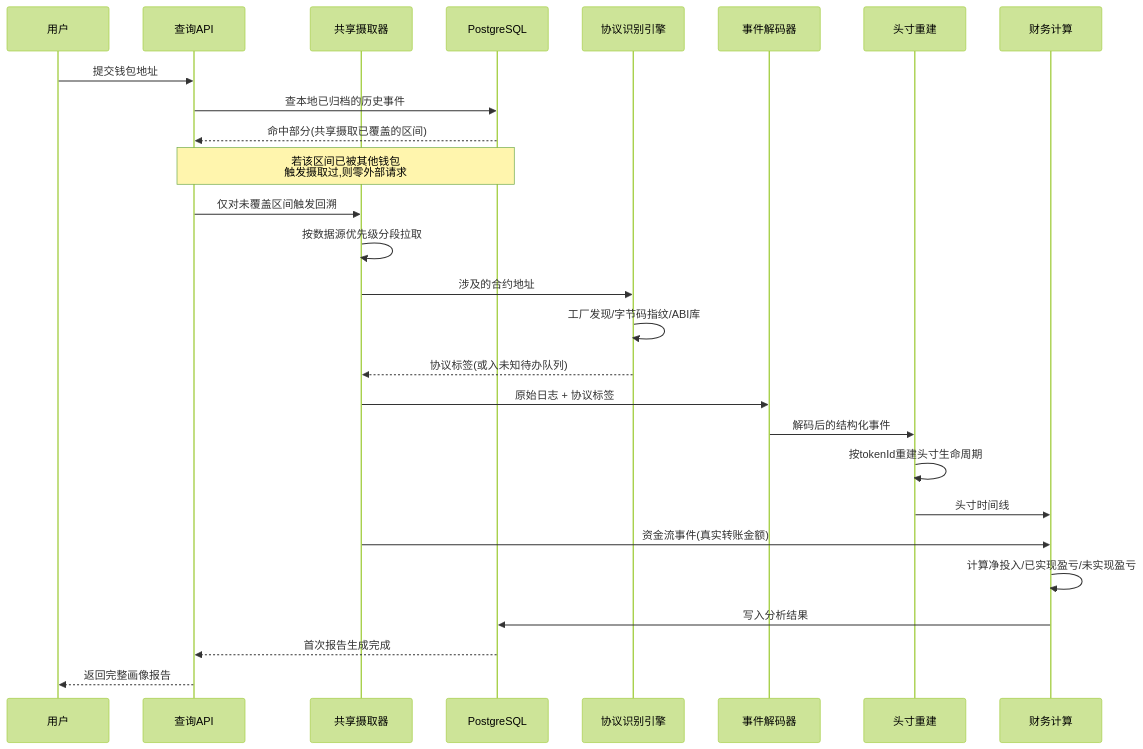
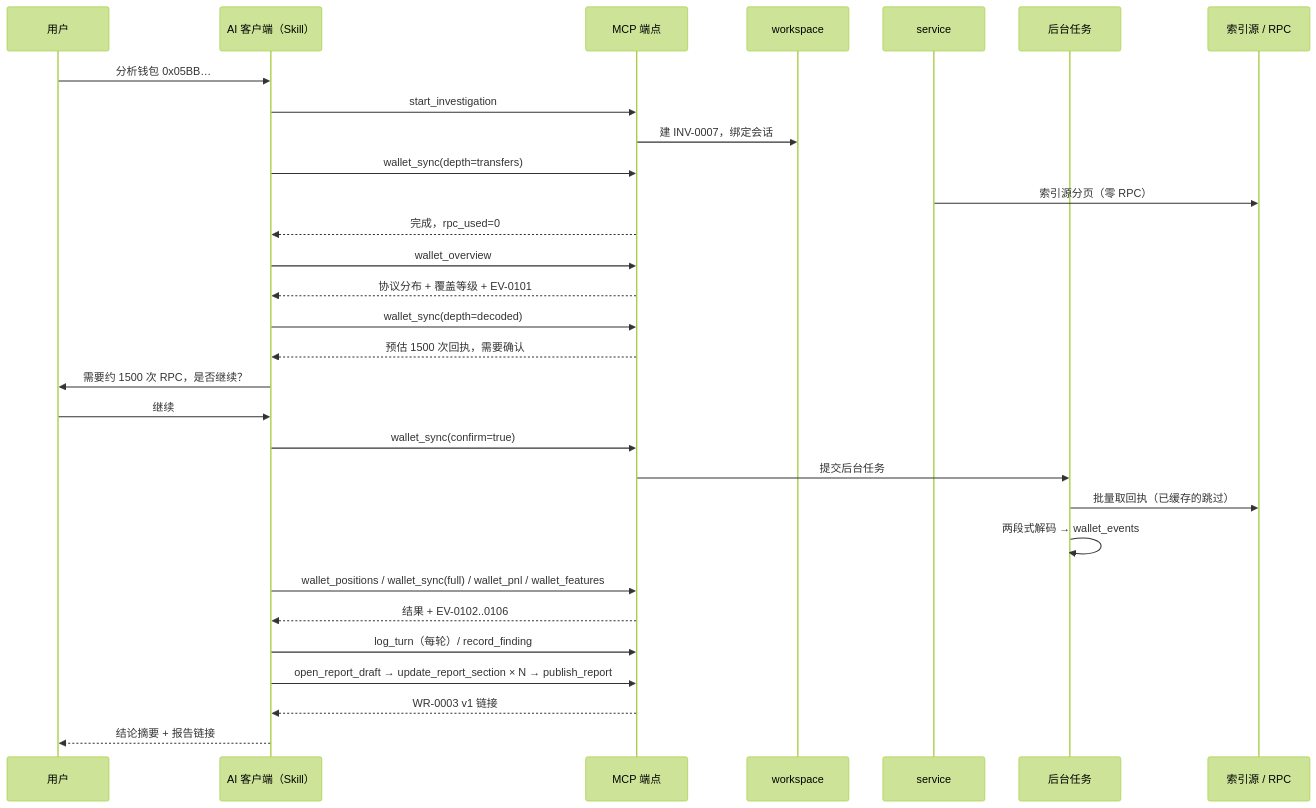
Before and after one commit to chenhouzhenjob/alpha-research-engine: the fourth of 10 diagrams in docs/钱包链上行为分析系统设计方案.md, drawn with Mermaid (forest theme). The commit also changed other lines of this file and 36 other files, not shown here.

````diff
--- a/docs/钱包链上行为分析系统设计方案.md
+++ b/docs/钱包链上行为分析系统设计方案.md
@@ -183,30 +570,33 @@
 ```mermaid
 sequenceDiagram
     participant U as 用户
-    participant API as 查询API
-    participant SCAN as 共享摄取器
-    participant PG as PostgreSQL
-    participant IDENT as 协议识别引擎
-    participant DEC as 事件解码器
-    participant POS as 头寸重建
-    participant PNL as 财务计算
+    participant AI as AI 客户端（Skill）
+    participant M as MCP 端点
+    participant W as workspace
+    participant S as service
+    participant J as 后台任务
+    participant EXT as 索引源 / RPC
 
-    U->>API: 提交钱包地址
-    API->>PG: 查本地已归档的历史事件
-    PG-->>API: 命中部分(共享摄取已覆盖的区间)
-    Note over API,PG: 若该区间已被其他钱包<br/>触发摄取过,则零外部请求
-    API->>SCAN: 仅对未覆盖区间触发回溯
-    SCAN->>SCAN: 按数据源优先级分段拉取
-    SCAN->>IDENT: 涉及的合约地址
-    IDENT->>IDENT: 工厂发现/字节码指纹/ABI库
-    IDENT-->>SCAN: 协议标签(或入未知待办队列)
-    SCAN->>DEC: 原始日志 + 协议标签
-    DEC->>POS: 解码后的结构化事件
-    POS->>POS: 按tokenId重建头寸生命周期
-    POS->>PNL: 头寸时间线
-    SCAN->>PNL: 资金流事件(真实转账金额)
-    PNL->>PNL: 计算净投入/已实现盈亏/未实现盈亏
-    PNL->>PG: 写入分析结果
-    PG-->>API: 首次报告生成完成
-    API-->>U: 返回完整画像报告
+    U->>AI: 分析钱包 0x05BB…
+    AI->>M: start_investigation
+    M->>W: 建 INV-0007，绑定会话
+    AI->>M: wallet_sync(depth=transfers)
+    S->>EXT: 索引源分页（零 RPC）
+    M-->>AI: 完成，rpc_used=0
+    AI->>M: wallet_overview
+    M-->>AI: 协议分布 + 覆盖等级 + EV-0101
+    AI->>M: wallet_sync(depth=decoded)
+    M-->>AI: 预估 1500 次回执，需要确认
+    AI->>U: 需要约 1500 次 RPC，是否继续？
+    U->>AI: 继续
+    AI->>M: wallet_sync(confirm=true)
+    M->>J: 提交后台任务
+    J->>EXT: 批量取回执（已缓存的跳过）
+    J->>J: 两段式解码 → wallet_events
+    AI->>M: wallet_positions / wallet_sync(full) / wallet_pnl / wallet_features
+    M-->>AI: 结果 + EV-0102..0106
+    AI->>M: log_turn（每轮）/ record_finding
+    AI->>M: open_report_draft → update_report_section × N → publish_report
+    M-->>AI: WR-0003 v1 链接
+    AI-->>U: 结论摘要 + 报告链接
 ```
````
